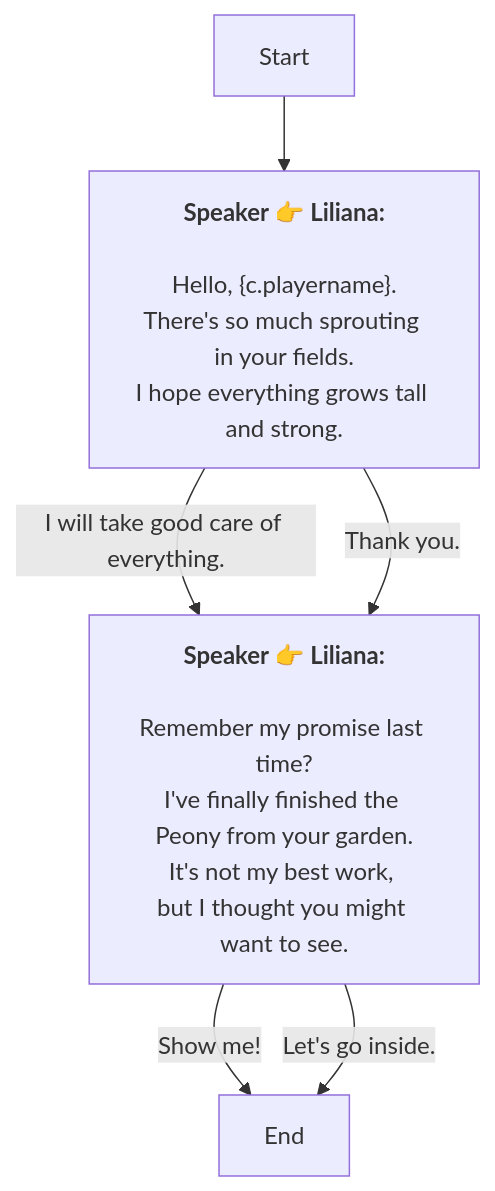
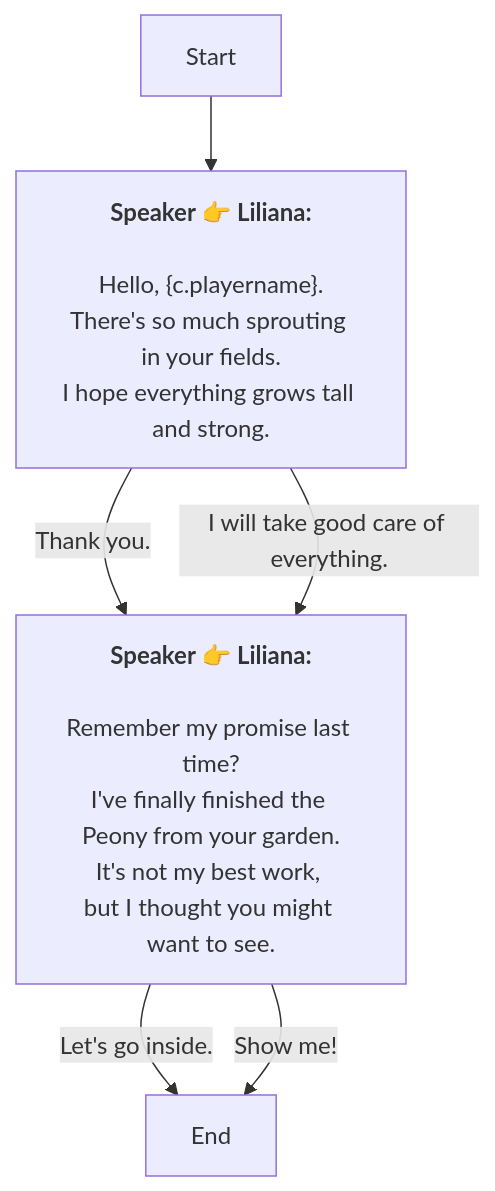
The diagram in En/QuestStartTalkENode_1768807868606533.md (SoftHu/tos_avg), drawn with Mermaid before and after one commit. The commit also changed other lines of this file and 780 other files, not shown here.

````diff
--- a/En/QuestStartTalkENode_1768807868606533.md
+++ b/En/QuestStartTalkENode_1768807868606533.md
@@ -1,16 +1,16 @@
 ```mermaid
 graph
 Start -->1768807897752649[<b>Speaker 👉 Liliana:</b>
 \nHello, &lbrace;c.playername&rbrace;.
 There's so much sprouting in your fields.
 I hope everything grows tall and strong.]
+1768807897752649 -->|Thank you.|1768807897754701[<b>Speaker 👉 Liliana:</b>
+\nRemember my promise last time?\nI've finally finished the Peony from your garden.\nIt's not my best work, 
+but I thought you might want to see.]
 1768807897752649 -->|I will take good care of everything.|1768807897754701[<b>Speaker 👉 Liliana:</b>
 \nRemember my promise last time?\nI've finally finished the Peony from your garden.\nIt's not my best work, 
 but I thought you might want to see.]
-1768807897752649 -->|Thank you.|1768807897754701[<b>Speaker 👉 Liliana:</b>
-\nRemember my promise last time?\nI've finally finished the Peony from your garden.\nIt's not my best work, 
-but I thought you might want to see.]
+1768807897754701 -->|Let's go inside.|1768807897756753[End]
 1768807897754701 -->|Show me!|1768807897756753[End]
-1768807897754701 -->|Let's go inside.|1768807897756753[End]
 
 ```
````
